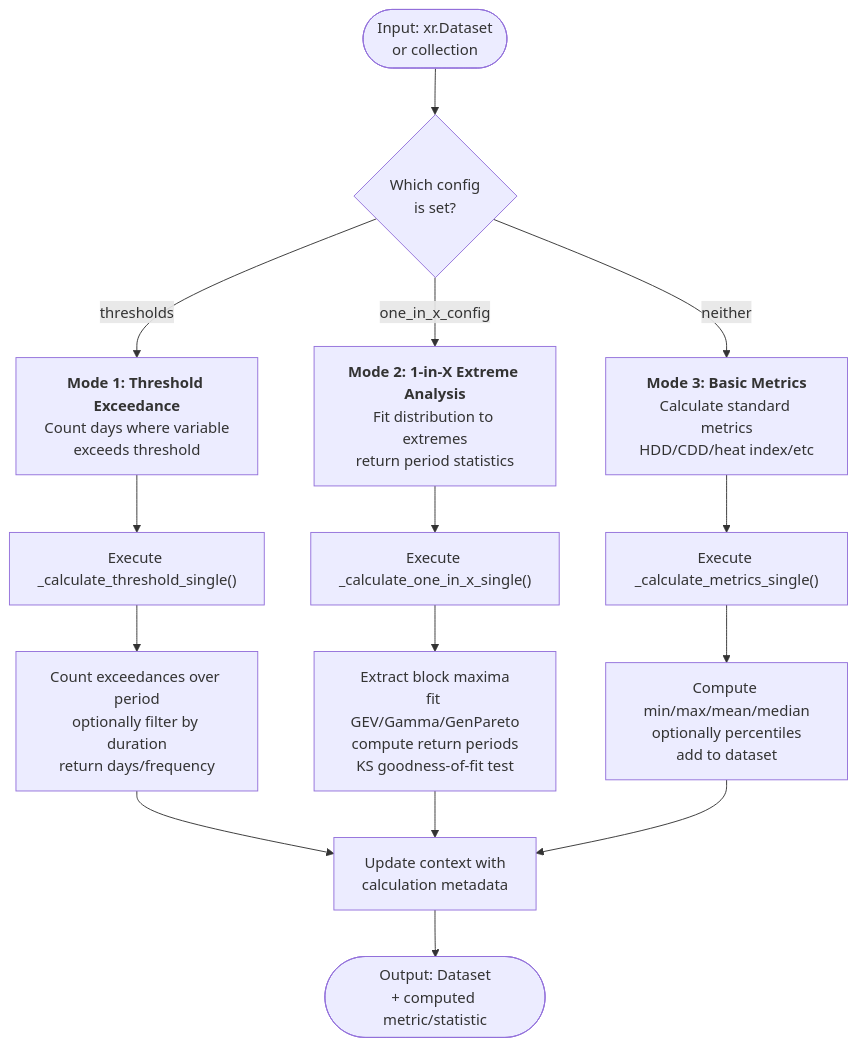
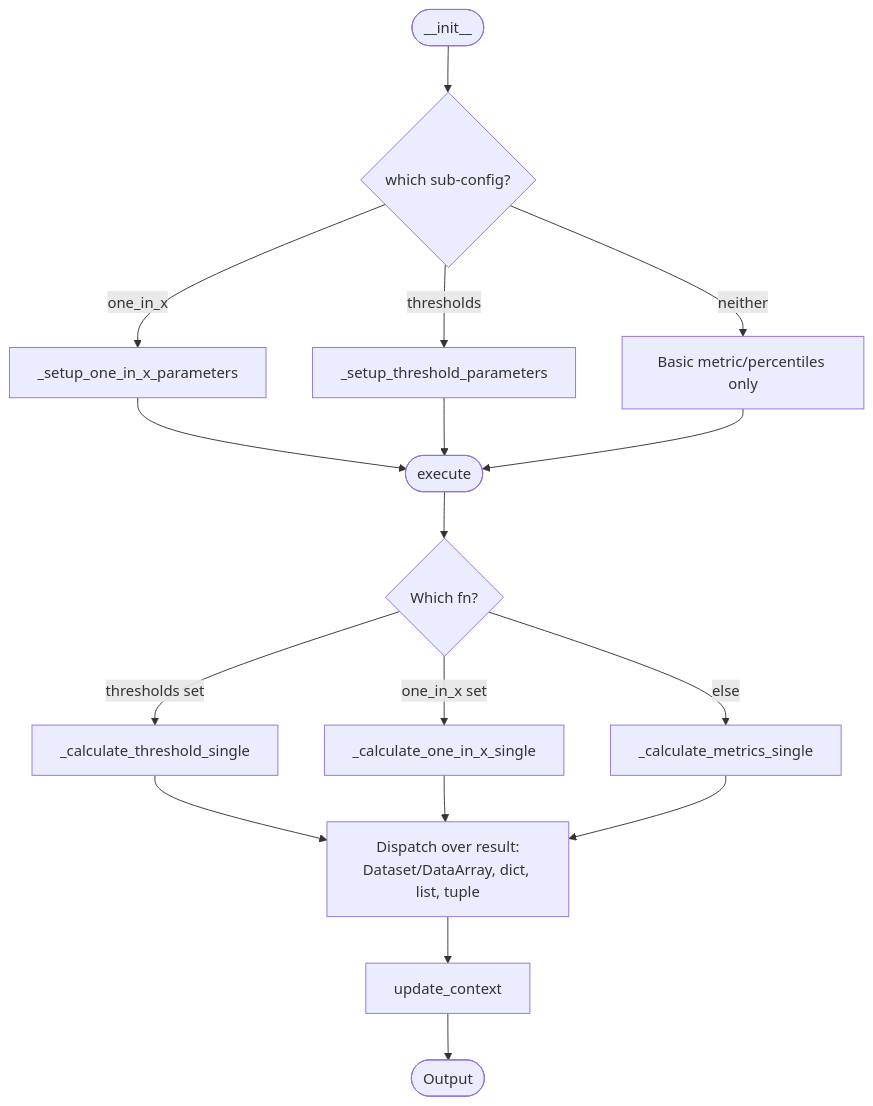
Before and after one commit to cal-adapt/climakitae: the first of 2 diagrams in docs-mkdocs/climate-data-interface/processors/metric_calc.md, drawn with Mermaid. The commit also changed other lines of this file and 28 other files, not shown here.

Commit message:
update processor flowcharts

````diff
--- a/docs-mkdocs/climate-data-interface/processors/metric_calc.md
+++ b/docs-mkdocs/climate-data-interface/processors/metric_calc.md
@@ -11,30 +21,32 @@
 ```mermaid
 flowchart TD
-    Start([Input: xr.Dataset<br/>or collection]) --> Route{Which config<br/>is set?}
-    
-    Route -->|thresholds| ThreshMode["<strong>Mode 1: Threshold Exceedance</strong><br/>Count days where variable<br/>exceeds threshold"]
-    Route -->|one_in_x_config| ExtremeMode["<strong>Mode 2: 1-in-X Extreme Analysis</strong><br/>Fit distribution to extremes<br/>return period statistics"]
-    Route -->|neither| MetricMode["<strong>Mode 3: Basic Metrics</strong><br/>Calculate standard metrics<br/>HDD/CDD/heat index/etc"]
-    
-    ThreshMode --> ThreshExec["Execute _calculate_threshold_single()"]
-    ExtremeMode --> ExtremeExec["Execute _calculate_one_in_x_single()"]
-    MetricMode --> MetricExec["Execute _calculate_metrics_single()"]
-    
-    ThreshExec --> ThreshDetail["Count exceedances over period<br/>optionally filter by duration<br/>return days/frequency"]
-    ExtremeExec --> ExtremeDetail["Extract block maxima<br/>fit GEV/Gamma/GenPareto<br/>compute return periods<br/>KS goodness-of-fit test"]
-    MetricExec --> MetricDetail["Compute min/max/mean/median<br/>optionally percentiles<br/>add to dataset"]
-    
-    ThreshDetail --> UpdateCtx["Update context with<br/>calculation metadata"]
-    ExtremeDetail --> UpdateCtx
-    MetricDetail --> UpdateCtx
-    
-    UpdateCtx --> End([Output: Dataset<br/>+ computed metric/statistic])
-    
-    click Route "https://github.com/cal-adapt/climakitae/blob/main/climakitae/new_core/processors/metric_calc.py#L330" "Mode selection branching"
-    click ThreshMode "https://github.com/cal-adapt/climakitae/blob/main/climakitae/new_core/processors/metric_calc.py#L520" "Threshold exceedance logic"
-    click ExtremeMode "https://github.com/cal-adapt/climakitae/blob/main/climakitae/new_core/processors/metric_calc.py#L600" "One-in-X extreme value analysis"
-    click MetricMode "https://github.com/cal-adapt/climakitae/blob/main/climakitae/new_core/processors/metric_calc.py#L370" "Basic metric calculation"
-    click ThreshExec "https://github.com/cal-adapt/climakitae/blob/main/climakitae/new_core/processors/metric_calc.py#L520" "_calculate_threshold_single"
-    click ExtremeExec "https://github.com/cal-adapt/climakitae/blob/main/climakitae/new_core/processors/metric_calc.py#L600" "_calculate_one_in_x_single"
-    click MetricExec "https://github.com/cal-adapt/climakitae/blob/main/climakitae/new_core/processors/metric_calc.py#L370" "_calculate_metrics_single"
+    Init([__init__]) --> ParseValue{which sub-config?}
+    ParseValue -->|one_in_x| SetupOIX[_setup_one_in_x_parameters]
+    ParseValue -->|thresholds| SetupTh[_setup_threshold_parameters]
+    ParseValue -->|neither| Basic[Basic metric/percentiles only]
+
+    SetupOIX --> Exec
+    SetupTh --> Exec
+    Basic --> Exec
+
+    Exec([execute]) --> PickFn{Which fn?}
+    PickFn -->|thresholds set| ThFn[_calculate_threshold_single]
+    PickFn -->|one_in_x set| OIXFn[_calculate_one_in_x_single]
+    PickFn -->|else| BasicFn[_calculate_metrics_single]
+
+    ThFn --> Dispatch[Dispatch over result:<br/>Dataset/DataArray, dict, list, tuple]
+    OIXFn --> Dispatch
+    BasicFn --> Dispatch
+
+    Dispatch --> UpdateCtx[update_context]
+    UpdateCtx --> End([Output])
+
+    click Init "https://github.com/cal-adapt/climakitae/blob/main/climakitae/new_core/processors/metric_calc.py#L145" "__init__"
+    click SetupOIX "https://github.com/cal-adapt/climakitae/blob/main/climakitae/new_core/processors/metric_calc.py#L191" "_setup_one_in_x_parameters"
+    click SetupTh "https://github.com/cal-adapt/climakitae/blob/main/climakitae/new_core/processors/metric_calc.py#L262" "_setup_threshold_parameters"
+    click Exec "https://github.com/cal-adapt/climakitae/blob/main/climakitae/new_core/processors/metric_calc.py#L305" "execute"
+    click BasicFn "https://github.com/cal-adapt/climakitae/blob/main/climakitae/new_core/processors/metric_calc.py#L372" "_calculate_metrics_single"
+    click ThFn "https://github.com/cal-adapt/climakitae/blob/main/climakitae/new_core/processors/metric_calc.py#L512" "_calculate_threshold_single"
+    click OIXFn "https://github.com/cal-adapt/climakitae/blob/main/climakitae/new_core/processors/metric_calc.py#L595" "_calculate_one_in_x_single"
+    click UpdateCtx "https://github.com/cal-adapt/climakitae/blob/main/climakitae/new_core/processors/metric_calc.py#L1387" "update_context"
 ```
````
